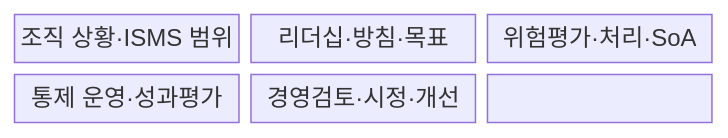
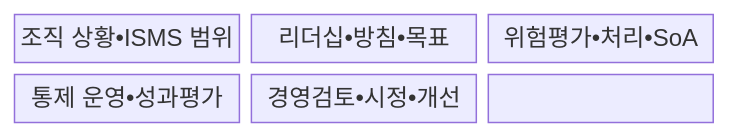
Before and after one commit to agnusdei1207/knowledge-base: the first of 2 diagrams in src/content/docs/notes/07-law-policy/029_iso_27001.md, drawn with Mermaid. The commit also changed other lines of this file and 953 other files, not shown here.

````diff
--- a/src/content/docs/notes/07-law-policy/029_iso_27001.md
+++ b/src/content/docs/notes/07-law-policy/029_iso_27001.md
@@ -70,11 +70,11 @@
 ```mermaid
 block-beta
   columns 3
-  N0["조직 상황·ISMS 범위"]
-  N1["리더십·방침·목표"]
-  N2["위험평가·처리·SoA"]
-  N3["통제 운영·성과평가"]
-  N4["경영검토·시정·개선"]
+  N0["조직 상황•ISMS 범위"]
+  N1["리더십•방침•목표"]
+  N2["위험평가•처리•SoA"]
+  N3["통제 운영•성과평가"]
+  N4["경영검토•시정•개선"]
   N0 --- N1 --- N2
   N2 --- N3 --- N4
 ```
````
